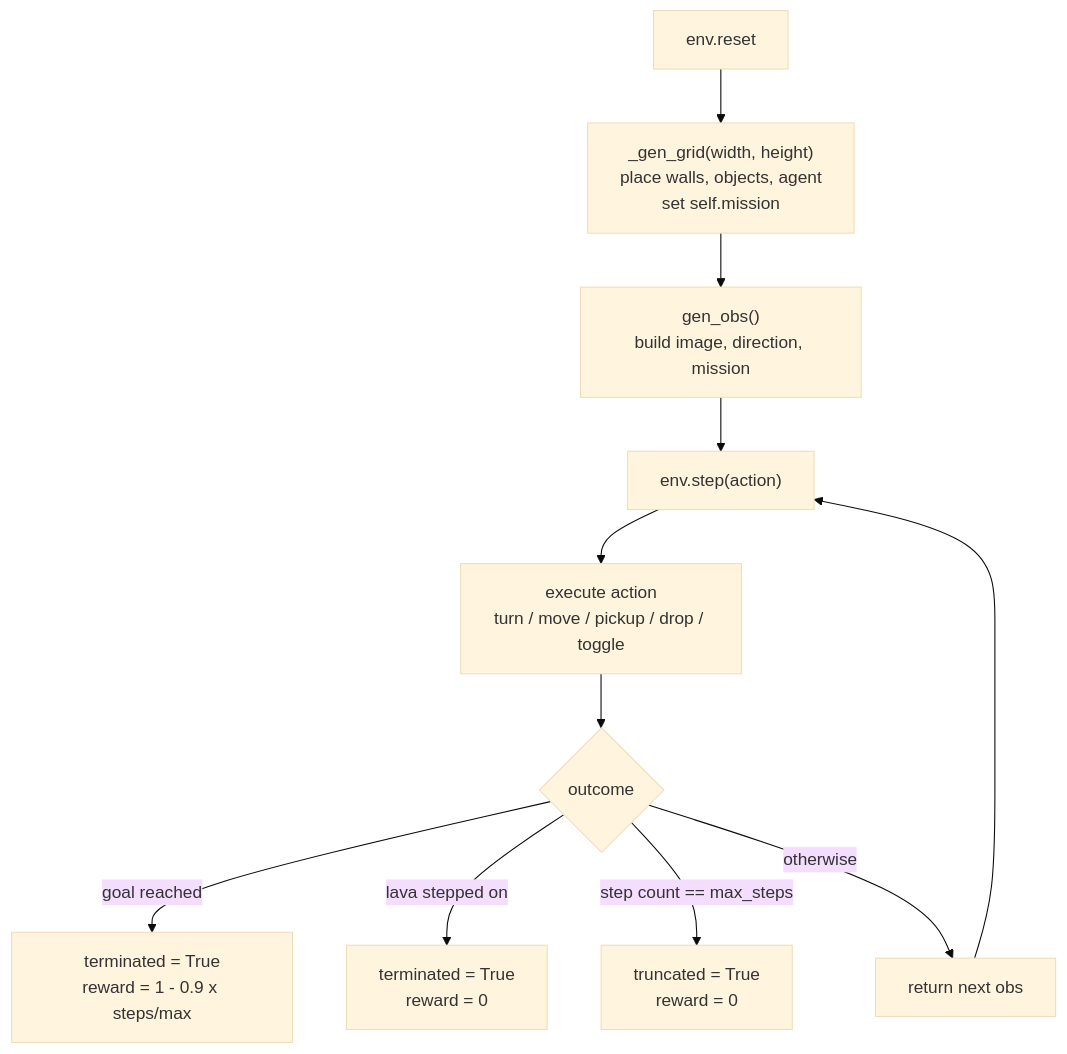
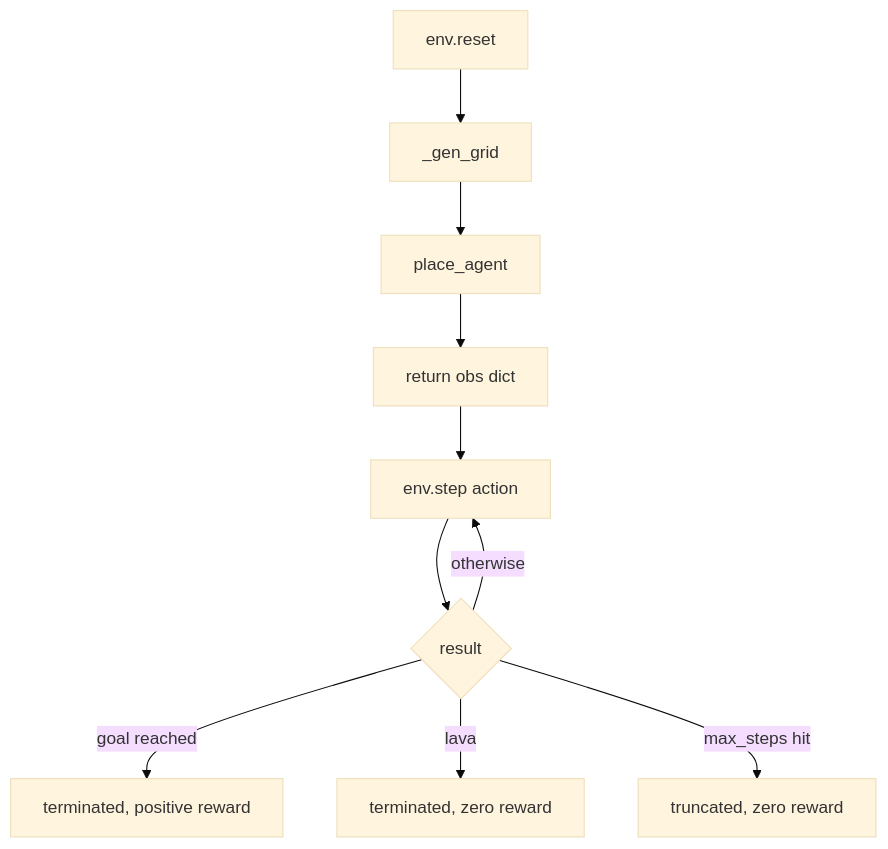
Before and after one commit to alexandermfisher/minigrid: the second of 6 diagrams in docs/content/architecture.md, drawn with Mermaid (base theme). The commit also changed other lines of this file, not shown here.

First line of the commit message:
Simplify Mermaid labels to single lines to fix rendering

````diff
--- a/docs/content/architecture.md
+++ b/docs/content/architecture.md
@@ -25,21 +25,12 @@
 ```{mermaid}
 flowchart TD
-    R[env.reset]
-    GG["_gen_grid(width, height)<br/>place walls, objects, agent<br/>set self.mission"]
-    OB["gen_obs()<br/>build image, direction, mission"]
-    ST["env.step(action)"]
-    EX["execute action<br/>turn / move / pickup / drop / toggle"]
-    CH{outcome}
-    GO["terminated = True<br/>reward = 1 - 0.9 x steps/max"]
-    LV["terminated = True<br/>reward = 0"]
-    TR["truncated = True<br/>reward = 0"]
-    NX[return next obs]
-
-    R --> GG --> OB
-    OB --> ST --> EX --> CH
-    CH -->|goal reached| GO
-    CH -->|lava stepped on| LV
-    CH -->|step count == max_steps| TR
-    CH -->|otherwise| NX
-    NX --> ST
+    A[env.reset] --> B[_gen_grid]
+    B --> C[place_agent]
+    C --> D[return obs dict]
+    D --> E[env.step action]
+    E --> F{result}
+    F -->|goal reached| G[terminated, positive reward]
+    F -->|lava| H[terminated, zero reward]
+    F -->|max_steps hit| I[truncated, zero reward]
+    F -->|otherwise| E
 ```
````
